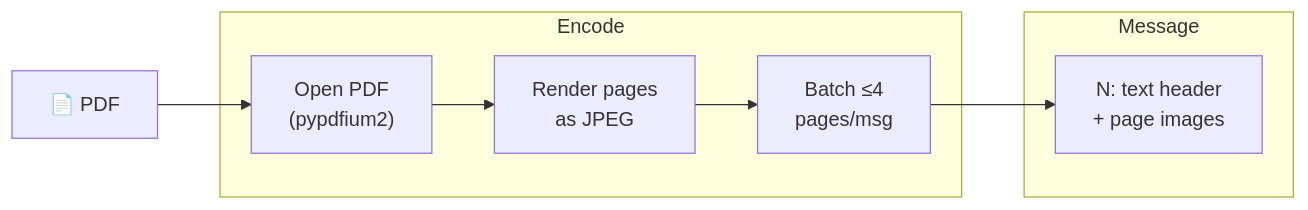
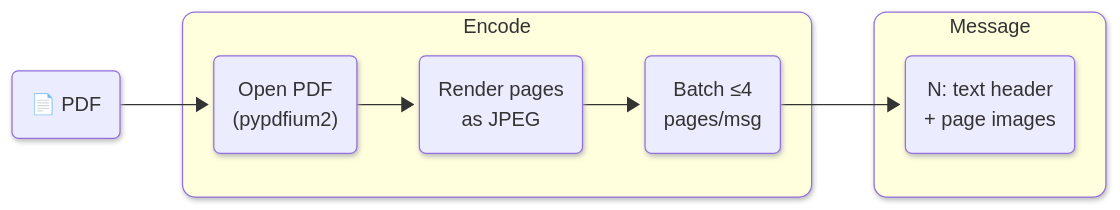
Before and after one commit to vlm-run/mm: diagram 14 of 17 in docs/ENCODERS.md, drawn with Mermaid. The commit also changed other lines of this file and 1 other file, not shown here.

````diff
--- a/docs/ENCODERS.md
+++ b/docs/ENCODERS.md
@@ -348,16 +388,19 @@
 ```mermaid
+%%{init: {'look': 'neo'} }%%
 graph LR
-  doc["📄 PDF"]
+  doc("📄 PDF")
 
   subgraph encode ["Encode"]
-    open["Open PDF\n(pypdfium2)"]
-    render["Render pages\nas JPEG"]
-    batch["Batch ≤4\npages/msg"]
+    open("Open PDF\n(pypdfium2)")
+    render("Render pages\nas JPEG")
+    batch("Batch ≤4\npages/msg")
   end
 
   subgraph message ["Message"]
-    msgs["N: text header\n+ page images"]
+    msgs("N: text header\n+ page images")
   end
 
   doc --> open --> render --> batch --> msgs
+  style encode rx:10px,ry:10px
+  style message rx:10px,ry:10px
 ```
````
